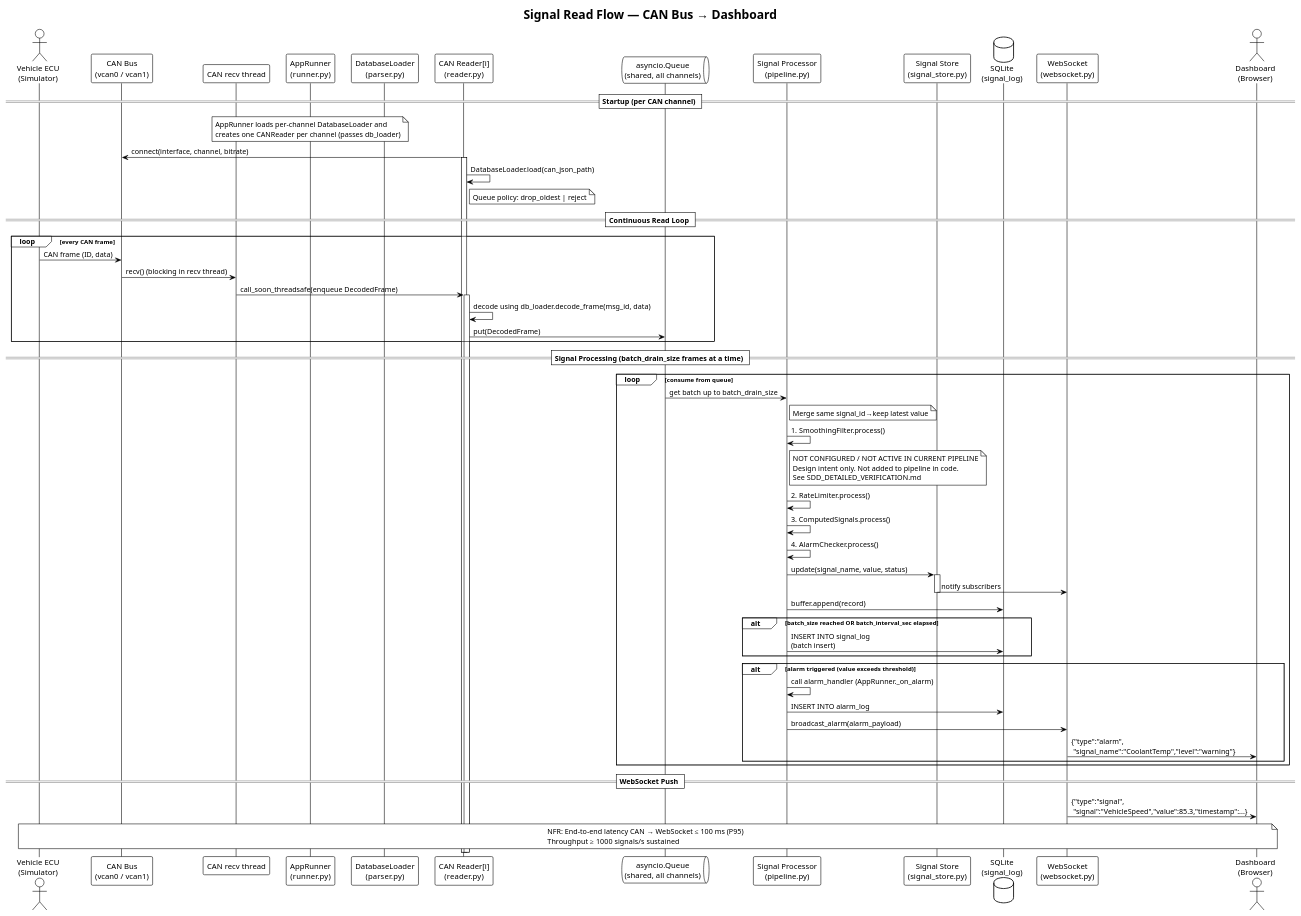
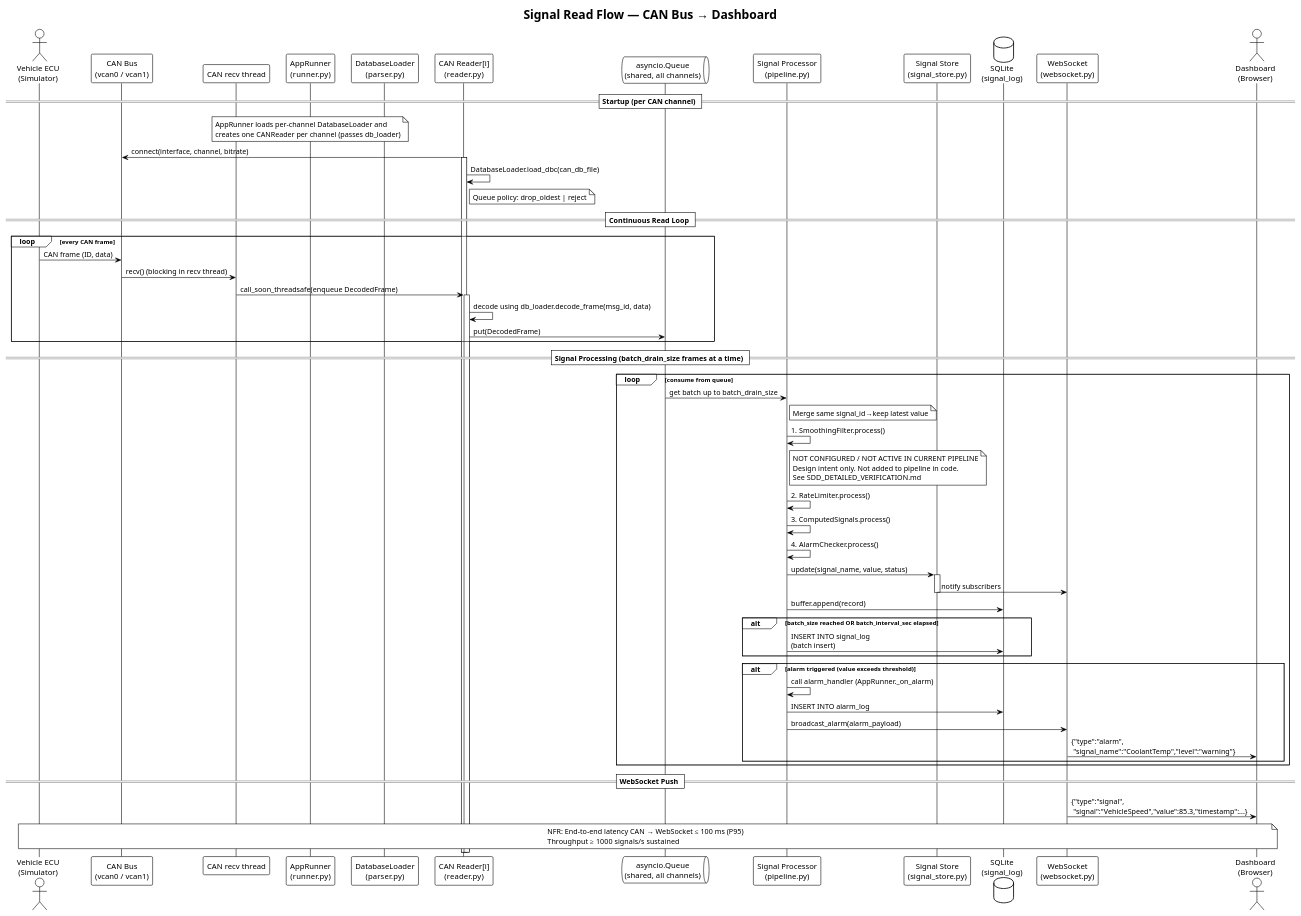
Before and after one commit to 3tdn/car-hmi: the diagram in diagram/SDD/SDD_sequence_signal_read.puml, drawn with PlantUML. The commit also changed 27 other files, not shown here.

First line of the commit message:
Load CAN definitions directly from DBC

```diff
--- a/diagram/SDD/SDD_sequence_signal_read.puml
+++ b/diagram/SDD/SDD_sequence_signal_read.puml
@@ -1,78 +1,78 @@
 @startuml Sequence - Signal Read Flow
 !theme plain
 title Signal Read Flow — CAN Bus → Dashboard
 
 actor "Vehicle ECU\n(Simulator)" as ecu
 participant "CAN Bus\n(vcan0 / vcan1)" as bus
 participant "CAN recv thread" as recv_thread
 participant "AppRunner\n(runner.py)" as runner
 participant "DatabaseLoader\n(parser.py)" as parser
 participant "CAN Reader[i]\n(reader.py)" as reader
 queue "asyncio.Queue\n(shared, all channels)" as q
 participant "Signal Processor\n(pipeline.py)" as proc
 participant "Signal Store\n(signal_store.py)" as store
 database "SQLite\n(signal_log)" as db
 participant "WebSocket\n(websocket.py)" as ws
 actor "Dashboard\n(Browser)" as dash
 
 == Startup (per CAN channel) ==
 note over runner
   AppRunner loads per-channel DatabaseLoader and
   creates one CANReader per channel (passes db_loader)
 end note
 reader -> bus : connect(interface, channel, bitrate)
 activate reader
-reader -> reader : DatabaseLoader.load(can_json_path)
+reader -> reader : DatabaseLoader.load_dbc(can_db_file)
 note right of reader : Queue policy: drop_oldest | reject
 
 == Continuous Read Loop ==
 loop every CAN frame
     ecu -> bus : CAN frame (ID, data)
     bus -> recv_thread : recv() (blocking in recv thread)
     recv_thread -> reader : call_soon_threadsafe(enqueue DecodedFrame)
     activate reader
     reader -> reader : decode using db_loader.decode_frame(msg_id, data)
     reader -> q : put(DecodedFrame)
 end
 
 == Signal Processing (batch_drain_size frames at a time) ==
 loop consume from queue
     q -> proc : get batch up to batch_drain_size
     note right of proc : Merge same signal_id→keep latest value
     proc -> proc : 1. SmoothingFilter.process()
     note right of proc
       NOT CONFIGURED / NOT ACTIVE IN CURRENT PIPELINE
       Design intent only. Not added to pipeline in code.
       See SDD_DETAILED_VERIFICATION.md
     end note
     proc -> proc : 2. RateLimiter.process()
     proc -> proc : 3. ComputedSignals.process()
     proc -> proc : 4. AlarmChecker.process()
     
     proc -> store : update(signal_name, value, status)
     activate store
     store -> ws : notify subscribers
     deactivate store
     
     proc -> db : buffer.append(record)
     alt batch_size reached OR batch_interval_sec elapsed
         proc -> db : INSERT INTO signal_log\n(batch insert)
     end
 
     alt alarm triggered (value exceeds threshold)
         proc -> proc : call alarm_handler (AppRunner._on_alarm)
         proc -> db : INSERT INTO alarm_log
         proc -> ws : broadcast_alarm(alarm_payload)
         ws -> dash : {"type":"alarm",\n "signal_name":"CoolantTemp","level":"warning"}
     end
 end
 
 == WebSocket Push ==
 ws -> dash : {"type":"signal",\n "signal":"VehicleSpeed","value":85.3,"timestamp":...}
 
 note over ecu, dash
   NFR: End-to-end latency CAN → WebSocket ≤ 100 ms (P95)
   Throughput ≥ 1000 signals/s sustained
 end note
 
 @enduml
```
